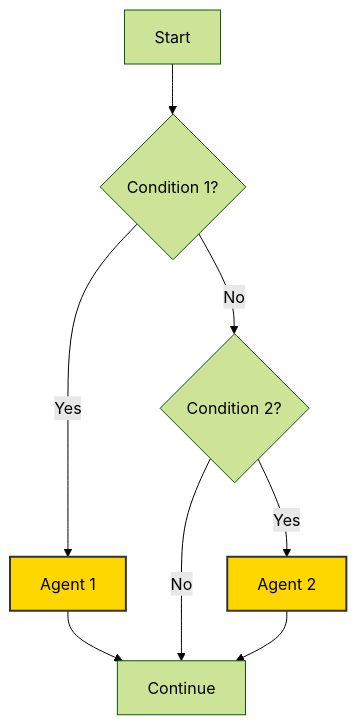
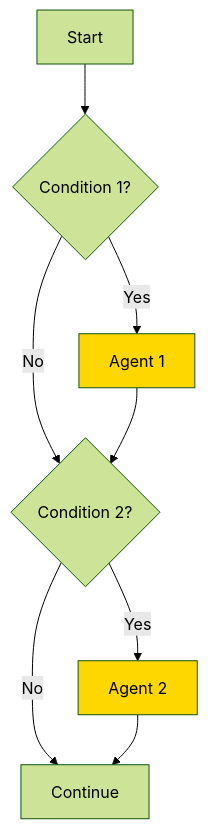
One commit to quarkusio/quarkus-workshop-langchain4j changed the third of 6 diagrams in docs/docs/section-2/step-02.md. Above: the diagram before and after it, drawn with Mermaid (forest theme). The commit also changed other lines of this file and 14 other files, not shown here.

````diff
--- a/docs/docs/section-2/step-02.md
+++ b/docs/docs/section-2/step-02.md
@@ -97,12 +97,12 @@
 ```mermaid
 graph TD
-    Start["Start"] --> Check1{"Condition 1?"}
-    Check1 -->|Yes| A["Agent 1"]
-    Check1 -->|No| Check2{"Condition 2?"}
-    A --> End["Continue"]
-    Check2 -->|Yes| B["Agent 2"]
+    Start[Start] --> Check1{Condition 1?}
+    Check1 -->|Yes| A[Agent 1]
+    Check1 -->|No| Check2{Condition 2?}
+    A --> Check2
+    Check2 -->|Yes| B[Agent 2]
     Check2 -->|No| End
-    B --> End
-    style A fill:#FFD700,stroke:#333,stroke-width:2,color:#000
-    style B fill:#FFD700,stroke:#333,stroke-width:2,color:#000
+    B --> End[Continue]
+    style A fill:#FFD700
+    style B fill:#FFD700
 ```
````
